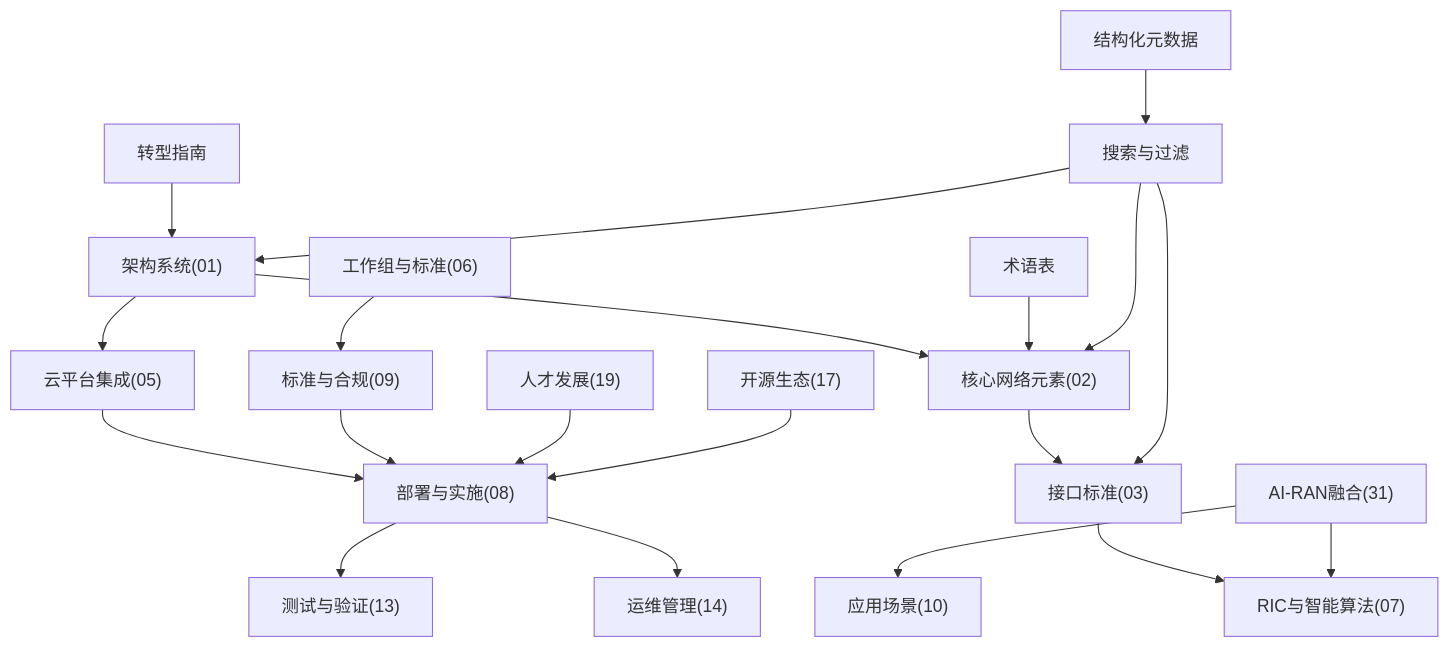
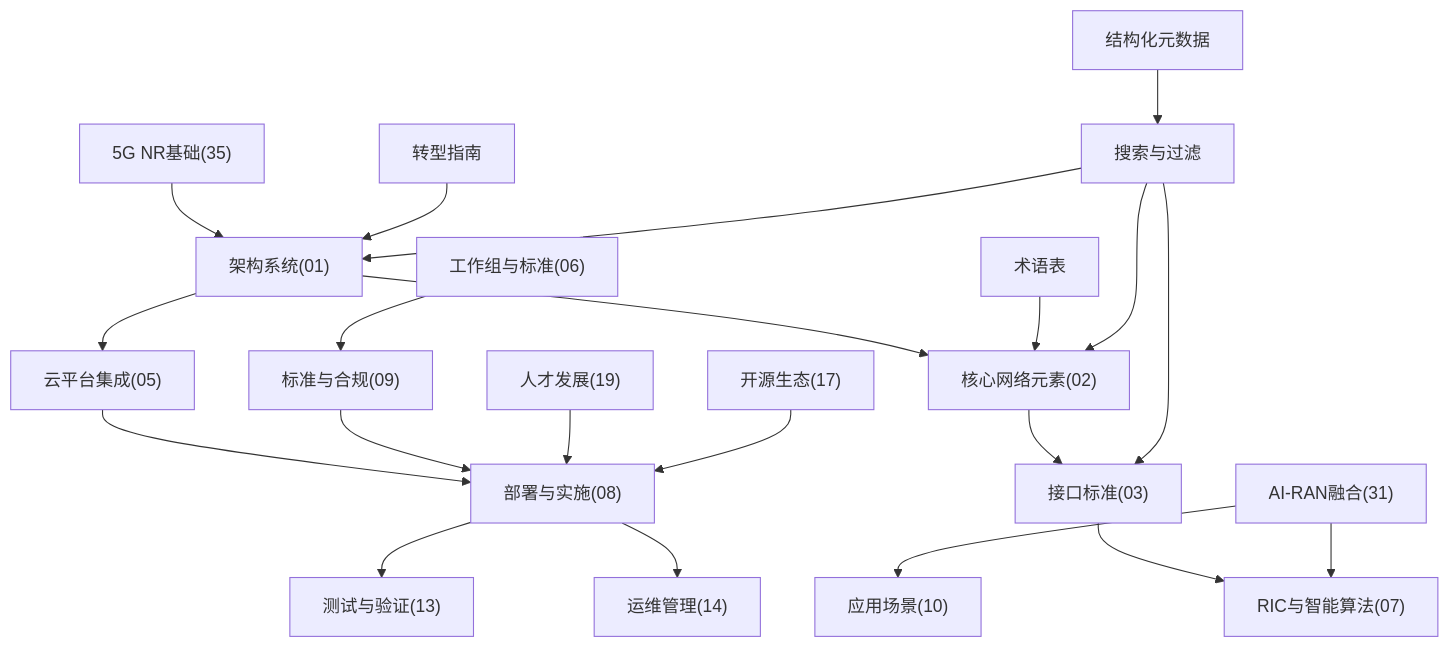
One commit to allengaller/oran-database changed the eighth of 8 diagrams in .qoder/repowiki/zh/content/项目概述.md. Above: the diagram before and after it, drawn with Mermaid. The commit also changed other lines of this file and 4 other files, not shown here.

````diff
--- a/.qoder/repowiki/zh/content/项目概述.md
+++ b/.qoder/repowiki/zh/content/项目概述.md
@@ -334,22 +381,23 @@
 ```mermaid
 graph TB
-Arch["架构系统(01)"] --> Core["核心网络元素(02)"]
+NR["5G NR基础(35)"] --> Arch["架构系统(01)"]
+Arch --> Core["核心网络元素(02)"]
 Core --> IF["接口标准(03)"]
 IF --> RIC["RIC与智能算法(07)"]
 Arch --> Cloud["云平台集成(05)"]
 Cloud --> Impl["部署与实施(08)"]
 Impl --> Ops["运维管理(14)"]
 Impl --> Test["测试与验证(13)"]
 Std["标准与合规(09)"] --> Impl
 WG["工作组与标准(06)"] --> Std
 Tal["人才发展(19)"] --> Impl
 Eco["开源生态(17)"] --> Impl
 Gloss["术语表"] --> Core
 Trans["转型指南"] --> Arch
 Meta["结构化元数据"] --> Search["搜索与过滤"]
 Search --> Arch
 Search --> Core
 Search --> IF
 AIRAN["AI-RAN融合(31)"] --> RIC
 AIRAN --> App["应用场景(10)"]
 ```
````
